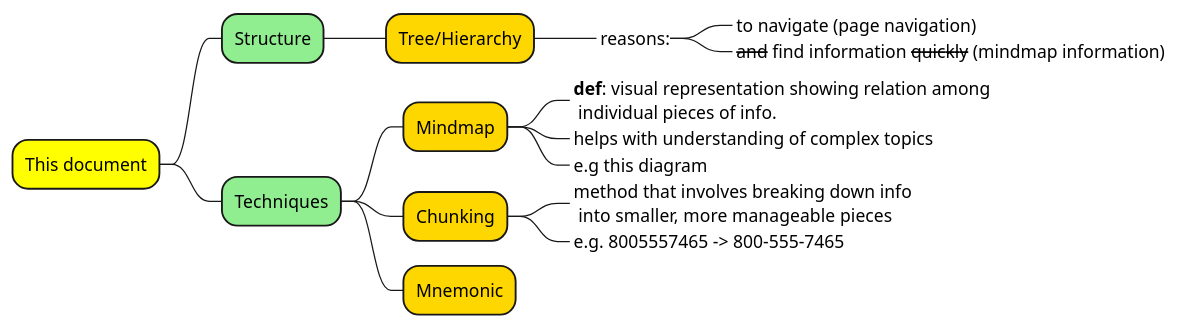
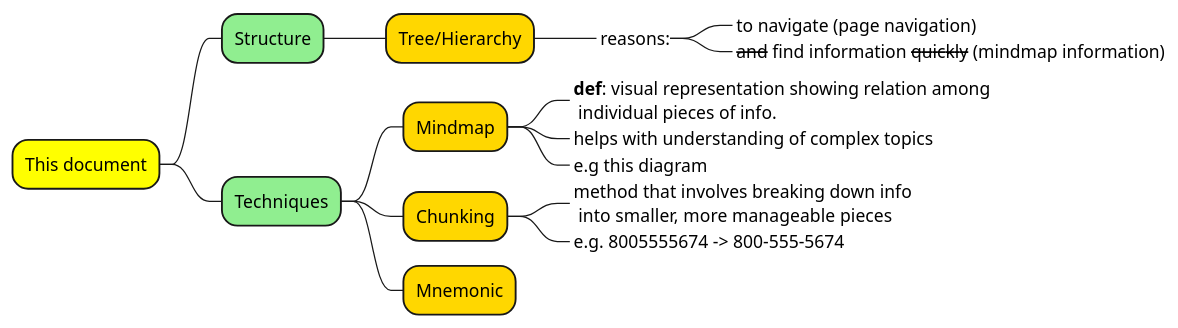
The diagram in source/common/_images/src/doc.puml (richMetellus/Wiki_PythonSphinxTopicTemplate), drawn with PlantUML before and after one commit. The commit also changed 2 other files, not shown here.

```diff
--- a/source/common/_images/src/doc.puml
+++ b/source/common/_images/src/doc.puml
@@ -1,31 +1,31 @@
 @startmindmap
 <style>
 mindmapDiagram {
     :depth(2) {
       BackGroundColor gold
     }
     :depth(1) {
       BackGroundColor lightgreen
     }
 }
 </style>
 
 *[#yellow] This document
 ** Structure
 *** Tree/Hierarchy
 ****_ reasons:
 *****_ to navigate (page navigation)
 *****_ <s>and</s> find information <s>quickly</s> (mindmap information)
 
 ** Techniques
 *** Mindmap
 ****_ **def**: visual representation showing relation among \n \
 individual pieces of info.
 ****_ helps with understanding of complex topics
 ****_ e.g this diagram
 *** Chunking
 ****_ method that involves breaking down info \n \
 into smaller, more manageable pieces
-****_ e.g. 8005557465 -> 800-555-7465
+****_ e.g. 8005555674 -> 800-555-5674
 *** Mnemonic
 @endmindmap
```
